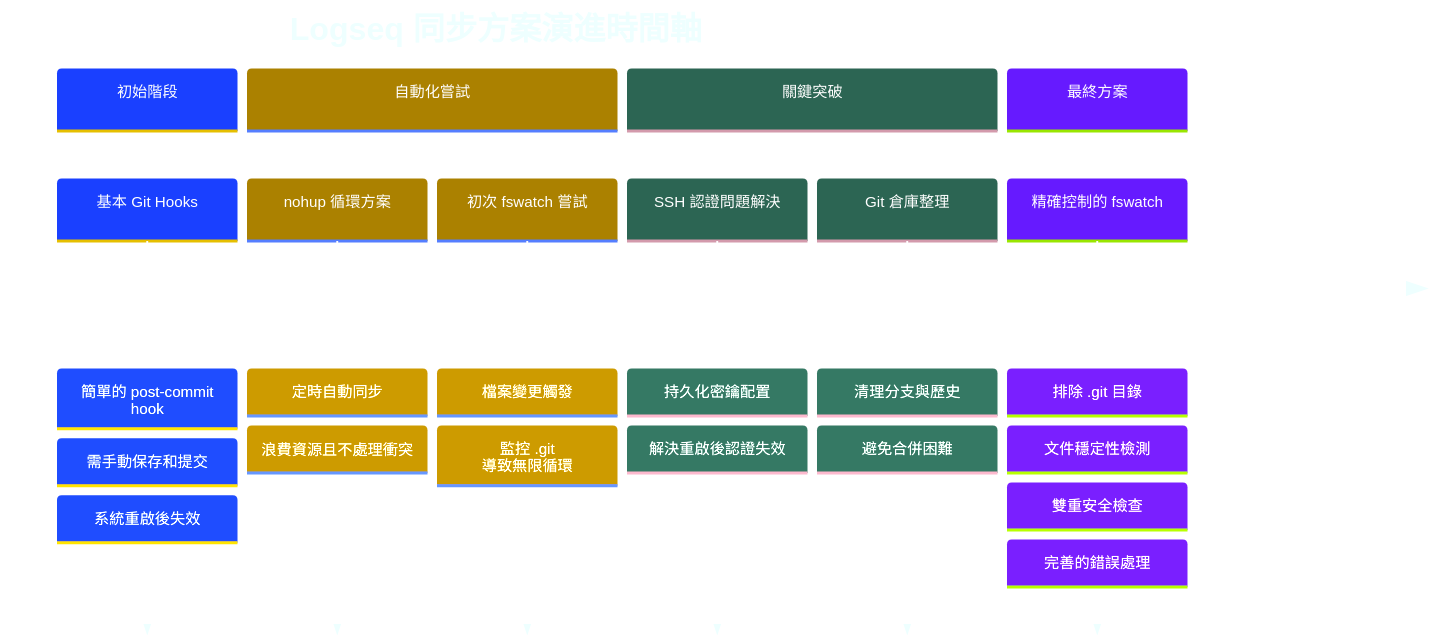
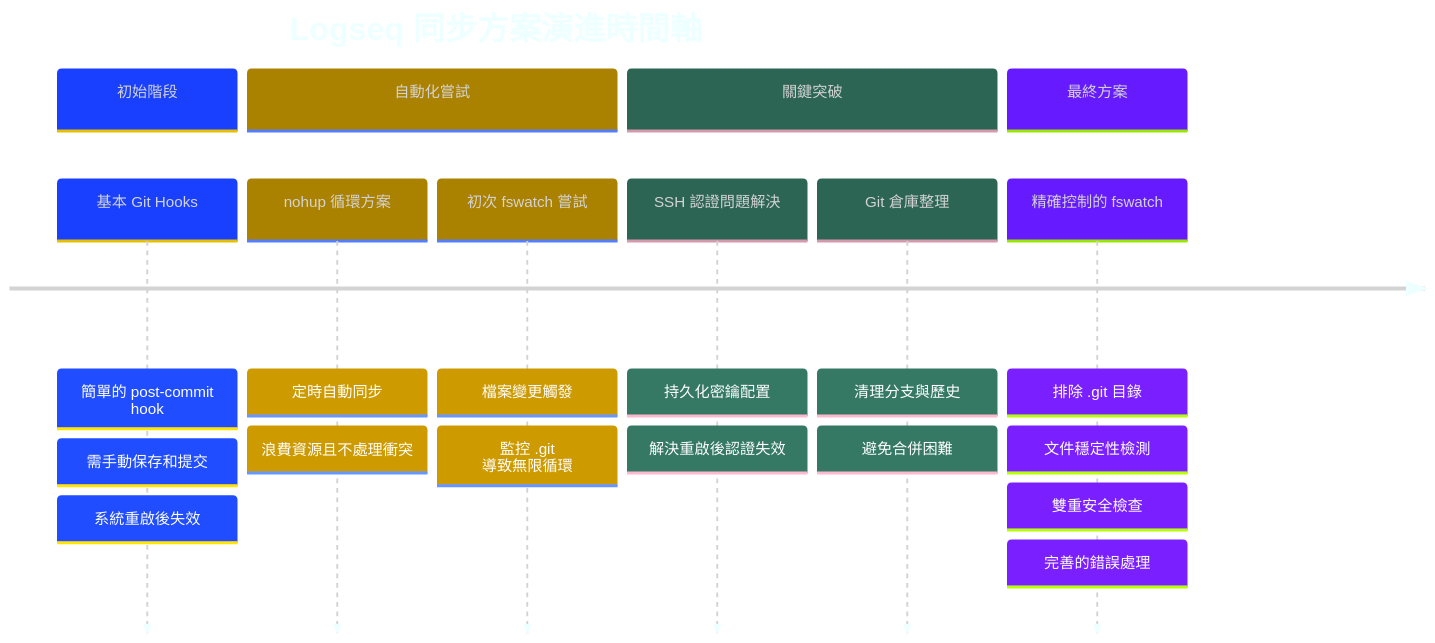
The first of 2 diagrams in Logseq同步方案演進記錄.md (GengGeng026/Sync-Logseq), drawn with Mermaid before and after one commit.

Commit message:
Auto-sync: Wed Mar 26 09:18:31 +08 2025

````diff
--- a/Logseq同步方案演進記錄.md
+++ b/Logseq同步方案演進記錄.md
@@ -24,45 +24,45 @@
 ```mermaid
 %%{init: {
   'theme': 'base', 
   'themeVariables': {
     'primaryColor': '#99AAFF',
     'secondaryColor': '#FFCB2B',
     'tertiaryColor': '#59B79A',
-    'primaryTextColor': '#FFFFFF',
+    'primaryTextColor': 'lightgrey',
     'primaryBorderColor': '#59B79A',
     'primaryLineColor': '#C792EA',
     'lineColor': '#C792EA',
     'background': 'transparent',
     'textColor': '#EEFFFF',
     'nodeBorder': '#59B79A',
     'clusterBkg': 'transparent',
     'titleColor': '#EEFFFF',
     'sectionBkgColor': '#273747',
     'sectionBkgColor2': '#334455',
     'sectionBkgColor3': '#3A4A5A',
     'sectionBkgColor4': '#42546A',
     'sectionBkgColor5': '#4B5E78'
   }
 }}%%
 timeline
     title Logseq 同步方案演進時間軸
     section 初始階段
         基本 Git Hooks : 簡單的 post-commit hook
         : 需手動保存和提交
         : 系統重啟後失效
     section 自動化嘗試
         nohup 循環方案 : 定時自動同步
         : 浪費資源且不處理衝突
         初次 fswatch 嘗試 : 檔案變更觸發
         : 監控 .git 導致無限循環
     section 關鍵突破
         SSH 認證問題解決 : 持久化密鑰配置
         : 解決重啟後認證失效
         Git 倉庫整理 : 清理分支與歷史
         : 避免合併困難
     section 最終方案
         精確控制的 fswatch : 排除 .git 目錄
         : 文件穩定性檢測
         : 雙重安全檢查
         : 完善的錯誤處理
 ```
````
